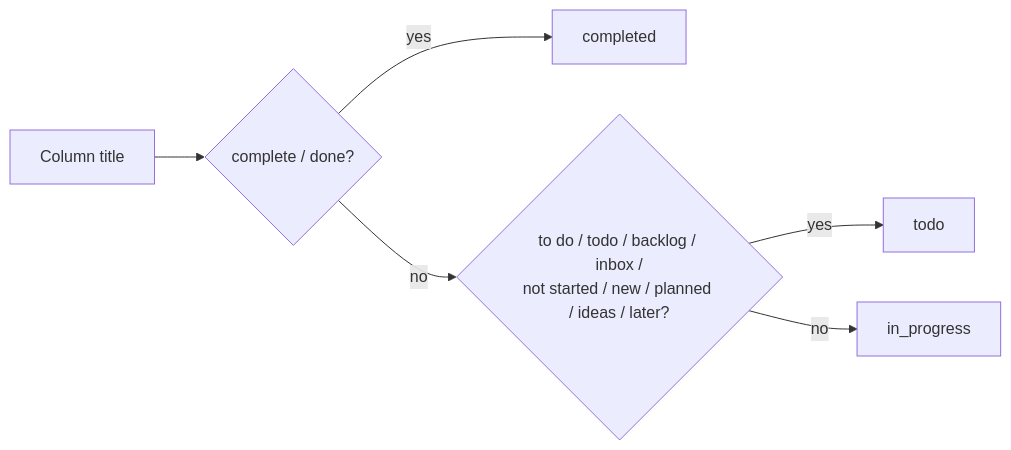
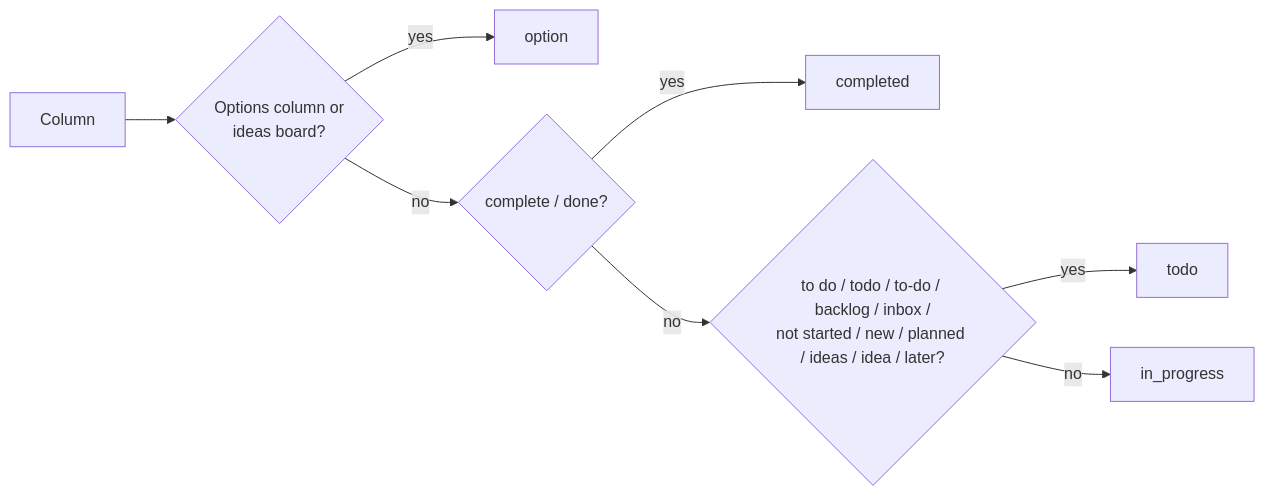
One commit to gitBoon/DumpFire changed diagram 17 of 19 in docs/backup-reporting.md. Above: the diagram before and after it, drawn with Mermaid. The commit also changed other lines of this file, not shown here.

First line of the commit message:
docs: the reporting guide names classifyColumn and countsAsToDo, and its To Do flowchart has every title and the upstream step (2551)

````diff
--- a/docs/backup-reporting.md
+++ b/docs/backup-reporting.md
@@ -1163,8 +1163,10 @@
 ```mermaid
 flowchart LR
-    Col["Column title"] --> Done{"complete / done?"}
+    Col["Column"] --> Up{"Options column or\nideas board?"}
+    Up -->|yes| Option["option"]
+    Up -->|no| Done{"complete / done?"}
     Done -->|yes| Completed["completed"]
-    Done -->|no| Todo{"to do / todo / backlog / inbox /\nnot started / new / planned / ideas / later?"}
+    Done -->|no| Todo{"to do / todo / to-do / backlog / inbox /\nnot started / new / planned / ideas / idea / later?"}
     Todo -->|yes| ToDo["todo"]
     Todo -->|no| InProgress["in_progress"]
 ```
````
